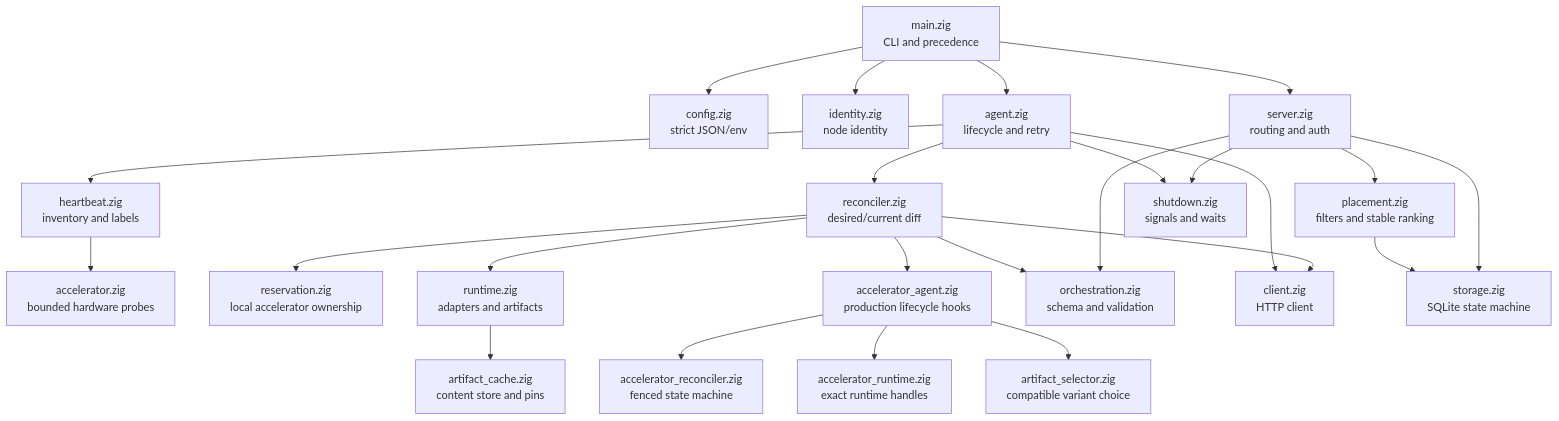
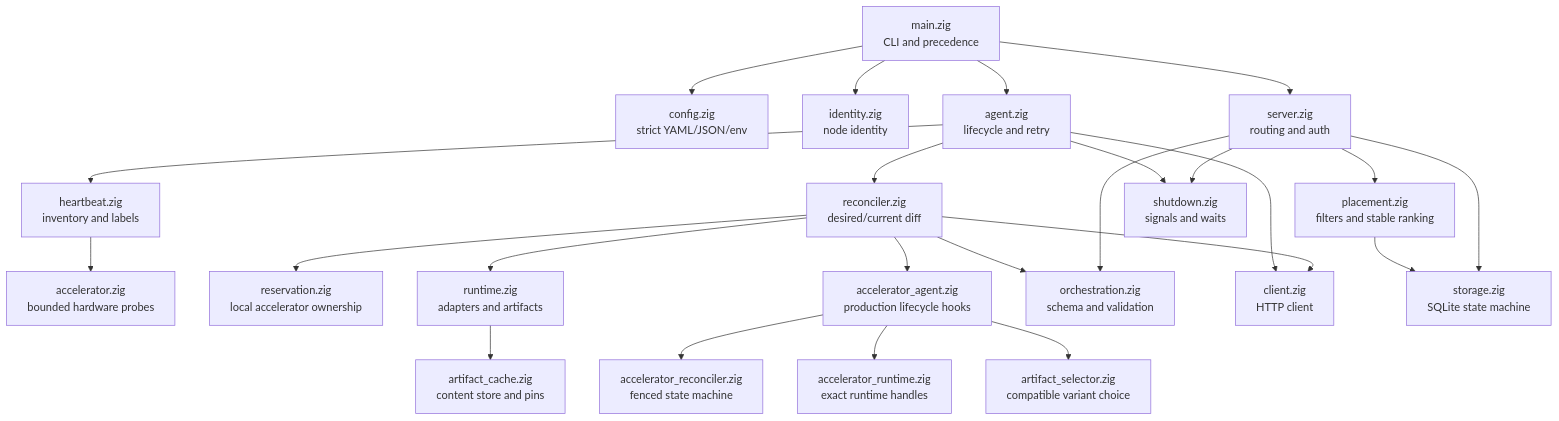
Before and after one commit to ziwon/nimbus: the second of 3 diagrams in docs/architecture.md, drawn with Mermaid. The commit also changed other lines of this file and 5 other files, not shown here.

Commit message:
feat(config): add yaml node configuration support

````diff
--- a/docs/architecture.md
+++ b/docs/architecture.md
@@ -100,47 +100,47 @@
 ```mermaid
 flowchart TB
     Main[main.zig<br/>CLI and precedence]
-    Config[config.zig<br/>strict JSON/env]
+    Config[config.zig<br/>strict YAML/JSON/env]
     Identity[identity.zig<br/>node identity]
     Heartbeat[heartbeat.zig<br/>inventory and labels]
     Accelerator[accelerator.zig<br/>bounded hardware probes]
     Placement[placement.zig<br/>filters and stable ranking]
     Agent[agent.zig<br/>lifecycle and retry]
     Reconcile[reconciler.zig<br/>desired/current diff]
     Reservation[reservation.zig<br/>local accelerator ownership]
     AcceleratorAgent[accelerator_agent.zig<br/>production lifecycle hooks]
     AcceleratorReconcile[accelerator_reconciler.zig<br/>fenced state machine]
     AcceleratorRuntime[accelerator_runtime.zig<br/>exact runtime handles]
     ArtifactSelector[artifact_selector.zig<br/>compatible variant choice]
     ArtifactCache[artifact_cache.zig<br/>content store and pins]
     Runtime[runtime.zig<br/>adapters and artifacts]
     Protocol[orchestration.zig<br/>schema and validation]
     Client[client.zig<br/>HTTP client]
     Server[server.zig<br/>routing and auth]
     Storage[storage.zig<br/>SQLite state machine]
     Shutdown[shutdown.zig<br/>signals and waits]
 
     Main --> Config
     Main --> Identity
     Main --> Agent
     Main --> Server
     Agent --> Heartbeat
     Heartbeat --> Accelerator
     Server --> Placement
     Placement --> Storage
     Agent --> Reconcile
     Agent --> Client
     Agent --> Shutdown
     Reconcile --> Protocol
     Reconcile --> Reservation
     Reconcile --> Runtime
     Reconcile --> AcceleratorAgent
     AcceleratorAgent --> AcceleratorReconcile
     AcceleratorAgent --> AcceleratorRuntime
     AcceleratorAgent --> ArtifactSelector
     Runtime --> ArtifactCache
     Reconcile --> Client
     Server --> Protocol
     Server --> Storage
     Server --> Shutdown
 ```
````
